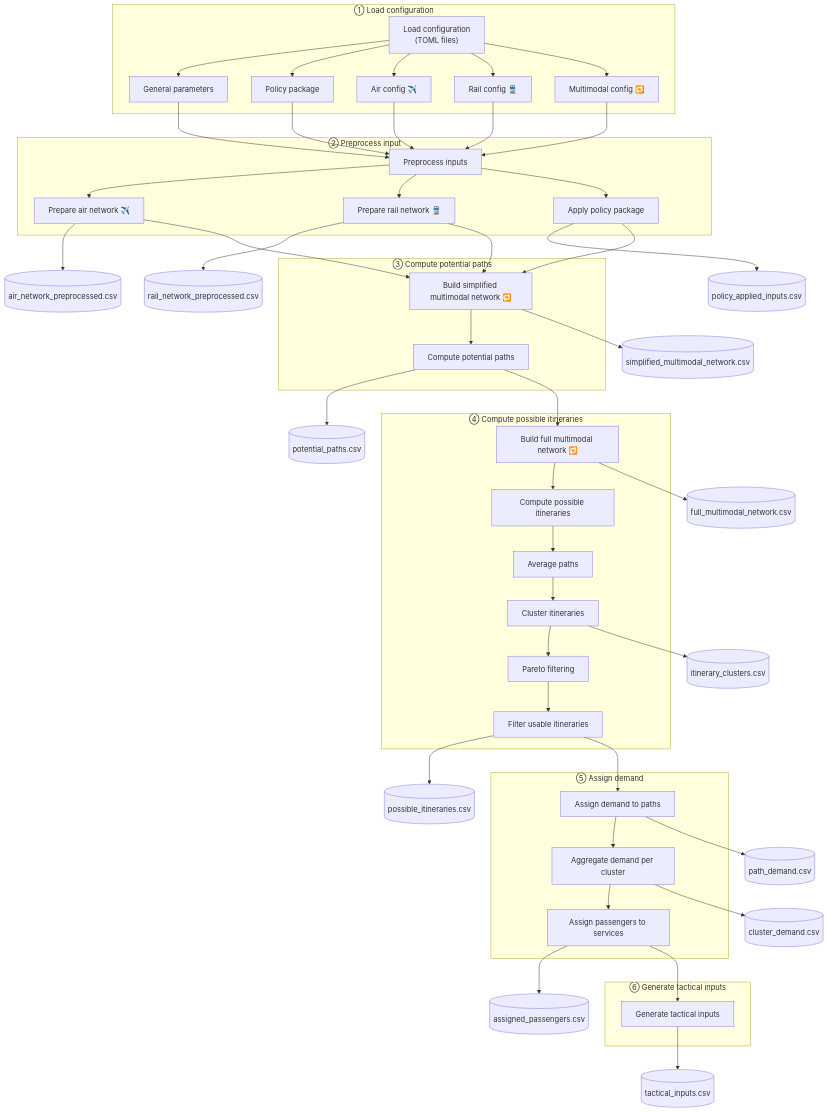
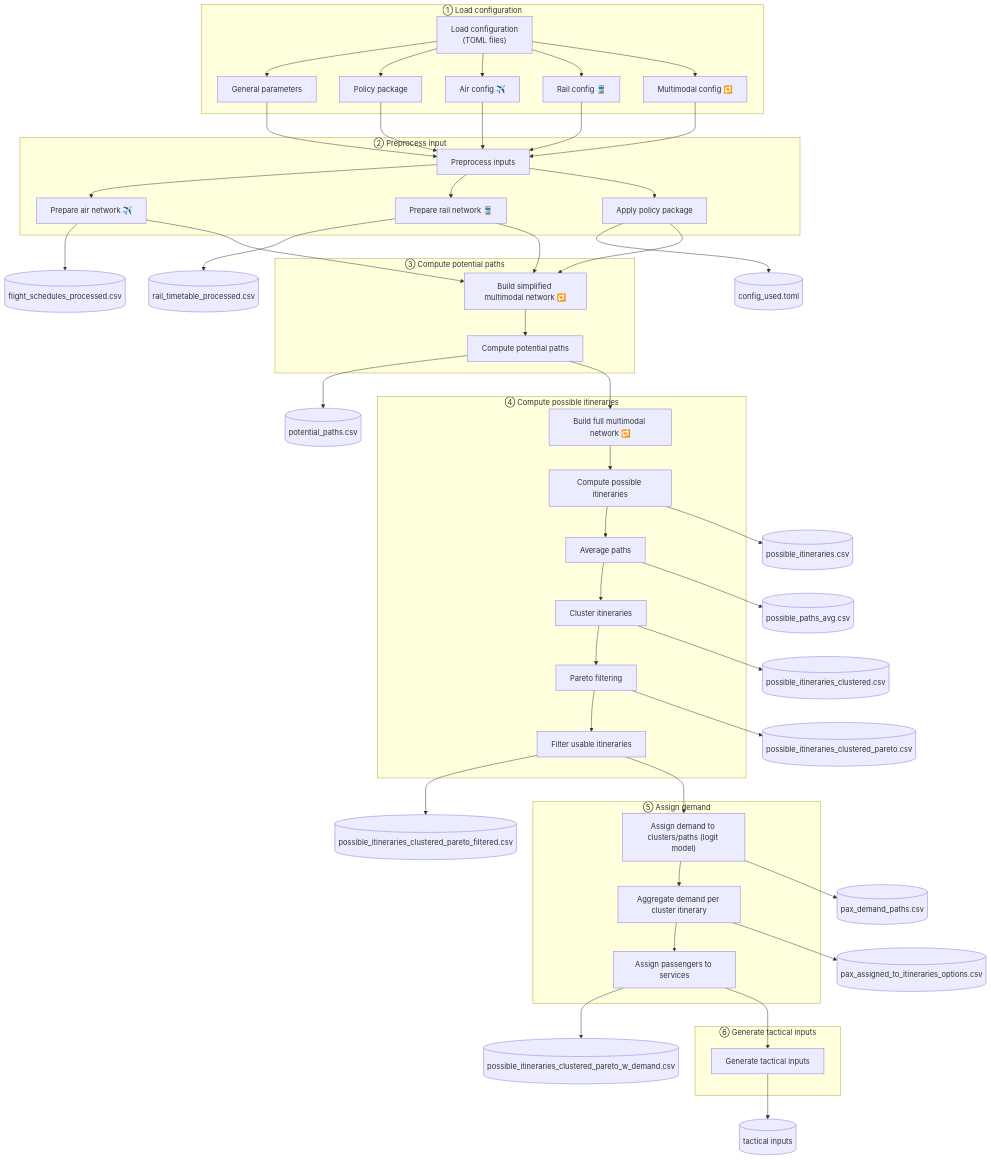
One commit to UoW-ATM/MultiModX changed the diagram in docs/strategic/index.md. Above: the diagram before and after it, drawn with Mermaid. The commit also changed other lines of this file and 28 other files, not shown here.

First line of the commit message:
Documentation overhaul: migrate to MKDocs + GitHub Pages + Mermaid + refactor folders

````diff
--- a/docs/strategic/index.md
+++ b/docs/strategic/index.md
@@ -89,9 +156,9 @@
     PRE --> POL_APP
 end
 
-AIR_NET --> CSV_AIR[(air_network_preprocessed.csv)]
-RAIL_NET --> CSV_RAIL[(rail_network_preprocessed.csv)]
-POL_APP --> CSV_POL[(policy_applied_inputs.csv)]
+AIR_NET --> CSV_AIR[(flight_schedules_processed.csv)]
+RAIL_NET --> CSV_RAIL[(rail_timetable_processed.csv)]
+POL_APP --> CSV_POL[(config_used.toml)]
 
 %% ================= COMPUTE POTENTIAL PATHS =================
 subgraph STAGE3["③ Compute potential paths"]
@@ -106,7 +173,6 @@
 end
 
 POT_PATHS --> CSV_POT[(potential_paths.csv)]
-SIMP_NET --> CSV_SNET[(simplified_multimodal_network.csv)]
 
 %% ================= COMPUTE POSSIBLE ITINERARIES =================
 subgraph STAGE4["④ Compute possible itineraries"]
@@ -125,14 +191,16 @@
     PARETO --> FILTER
 end
 
-FULL_NET --> CSV_FNET[(full_multimodal_network.csv)]
-FILTER --> CSV_ITIN[(possible_itineraries.csv)]
-CLUST --> CSV_CLUST[(itinerary_clusters.csv)]
+ITIN --> CSV_ITIN[(possible_itineraries.csv)]
+AVG --> CSV_AVG[(possible_paths_avg.csv)]
+CLUST --> CSV_CLUST[(possible_itineraries_clustered.csv)]
+PARETO --> CSV_PAR[(possible_itineraries_clustered_pareto.csv)]
+FILTER --> CSV_FIL[(possible_itineraries_clustered_pareto_filtered.csv)]
 
 %% ================= ASSIGN DEMAND =================
 subgraph STAGE5["⑤ Assign demand"]
-    ASSIGN["Assign demand to paths"]
-    AGG["Aggregate demand per cluster"]
+    ASSIGN["Assign demand to clusters/paths (logit model)"]
+    AGG["Aggregate demand per cluster itinerary"]
     PAX["Assign passengers to services"]
 
     FILTER --> ASSIGN
@@ -140,9 +208,9 @@
     AGG --> PAX
 end
 
-ASSIGN --> CSV_PATH_DEM[(path_demand.csv)]
-AGG --> CSV_AGG[(cluster_demand.csv)]
-PAX --> CSV_ASSIGN[(assigned_passengers.csv)]
+ASSIGN --> CSV_PATH_DEM[(pax_demand_paths.csv)]
+AGG --> CSV_AGG[(pax_assigned_to_itineraries_options.csv)]
+PAX --> CSV_ASSIGN[(possible_itineraries_clustered_pareto_w_demand.csv)]
 
 %% ================= GENERATE TACTICAL INPUTS =================
 subgraph STAGE6["⑥ Generate tactical inputs"]
@@ -150,7 +218,7 @@
 end
 
 PAX --> TACT
-TACT --> CSV_TAC[(tactical_inputs.csv)]
+TACT --> CSV_TAC[(tactical inputs)]
 
 
 ```
````
